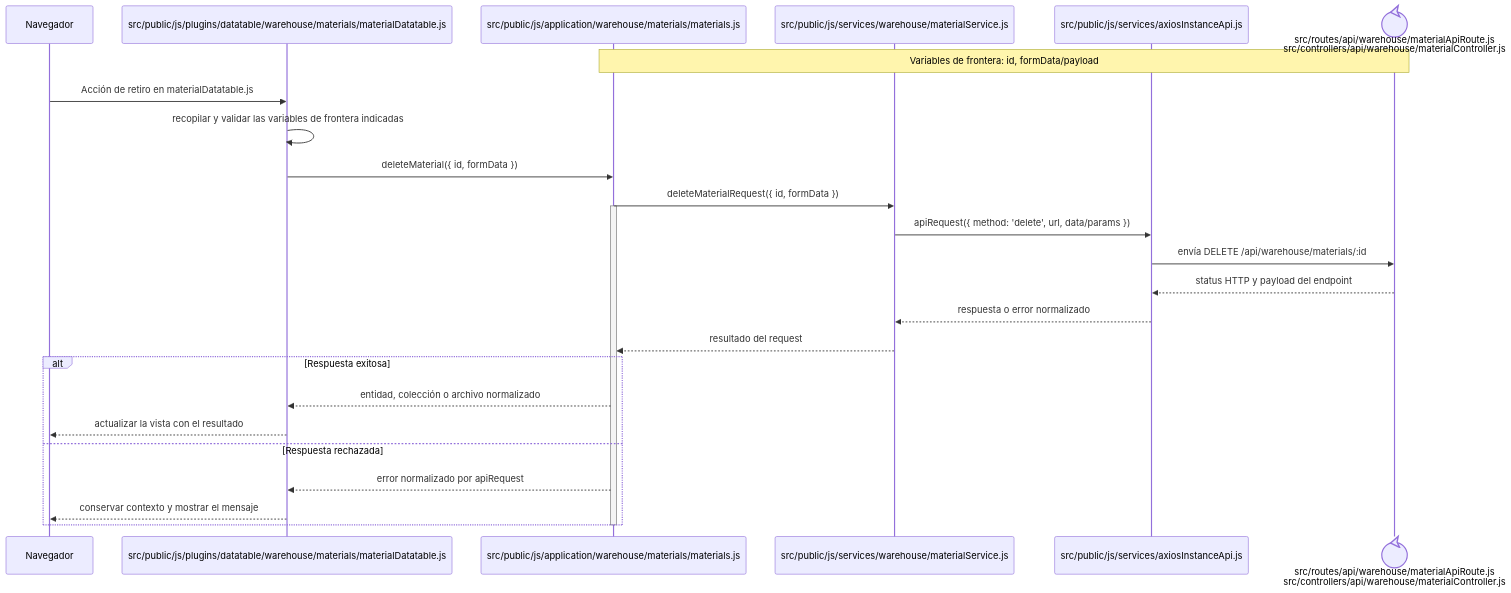
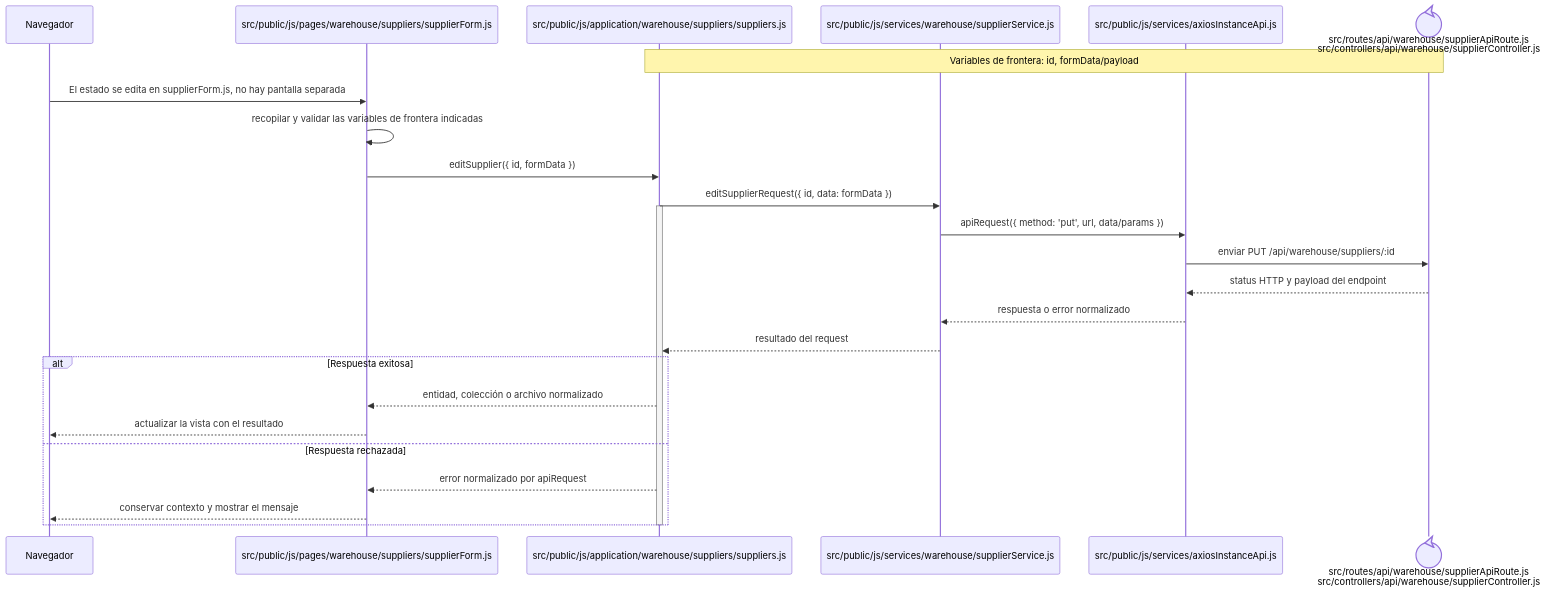
One commit to gpgsistemas01/nexus changed the diagram in docs/architecture/frontend-code-sequences/catalogs/cu-cat-04.md. Above: the diagram before and after it, drawn with Mermaid. The commit also changed other lines of this file and 287 other files, not shown here.

````diff
--- a/docs/architecture/frontend-code-sequences/catalogs/cu-cat-04.md
+++ b/docs/architecture/frontend-code-sequences/catalogs/cu-cat-04.md
@@ -6,29 +6,29 @@
 ```mermaid
 sequenceDiagram
     participant Browser as Navegador
-    participant View as src/public/js/plugins/datatable/warehouse/materials/materialDatatable.js
-    participant Application as src/public/js/application/warehouse/materials/materials.js
-    participant Request as src/public/js/services/warehouse/materialService.js
+    participant View as src/public/js/pages/warehouse/suppliers/supplierForm.js
+    participant Application as src/public/js/application/warehouse/suppliers/suppliers.js
+    participant Request as src/public/js/services/warehouse/supplierService.js
     participant HTTP as src/public/js/services/axiosInstanceApi.js
-    participant Transport@{ "type": "control" } as src/routes/api/warehouse/materialApiRoute.js<br/>src/controllers/api/warehouse/materialController.js
+    participant Transport@{ "type": "control" } as src/routes/api/warehouse/supplierApiRoute.js<br/>src/controllers/api/warehouse/supplierController.js
     Note over Application,Transport: Variables de frontera: id, formData/payload
 
-    Browser->>View: Acción de retiro en materialDatatable.js
+    Browser->>View: El estado se edita en supplierForm.js, no hay pantalla separada
     View->>View: recopilar y validar las variables de frontera indicadas
-    View->>Application: deleteMaterial({ id, formData })
-    Application->>Request: deleteMaterialRequest({ id, formData })
+    View->>Application: editSupplier({ id, formData })
+    Application->>Request: editSupplierRequest({ id, data: formData })
     activate Application
-    Request->>HTTP: apiRequest({ method: 'delete', url, data/params })
-    HTTP->>Transport: envía DELETE /api/warehouse/materials/:id
+    Request->>HTTP: apiRequest({ method: 'put', url, data/params })
+    HTTP->>Transport: enviar PUT /api/warehouse/suppliers/:id
     Transport-->>HTTP: status HTTP y payload del endpoint
     HTTP-->>Request: respuesta o error normalizado
     Request-->>Application: resultado del request
     alt Respuesta exitosa
         Application-->>View: entidad, colección o archivo normalizado
         View-->>Browser: actualizar la vista con el resultado
     else Respuesta rechazada
         Application-->>View: error normalizado por apiRequest
         View-->>Browser: conservar contexto y mostrar el mensaje
     end
     deactivate Application
 ```
````
